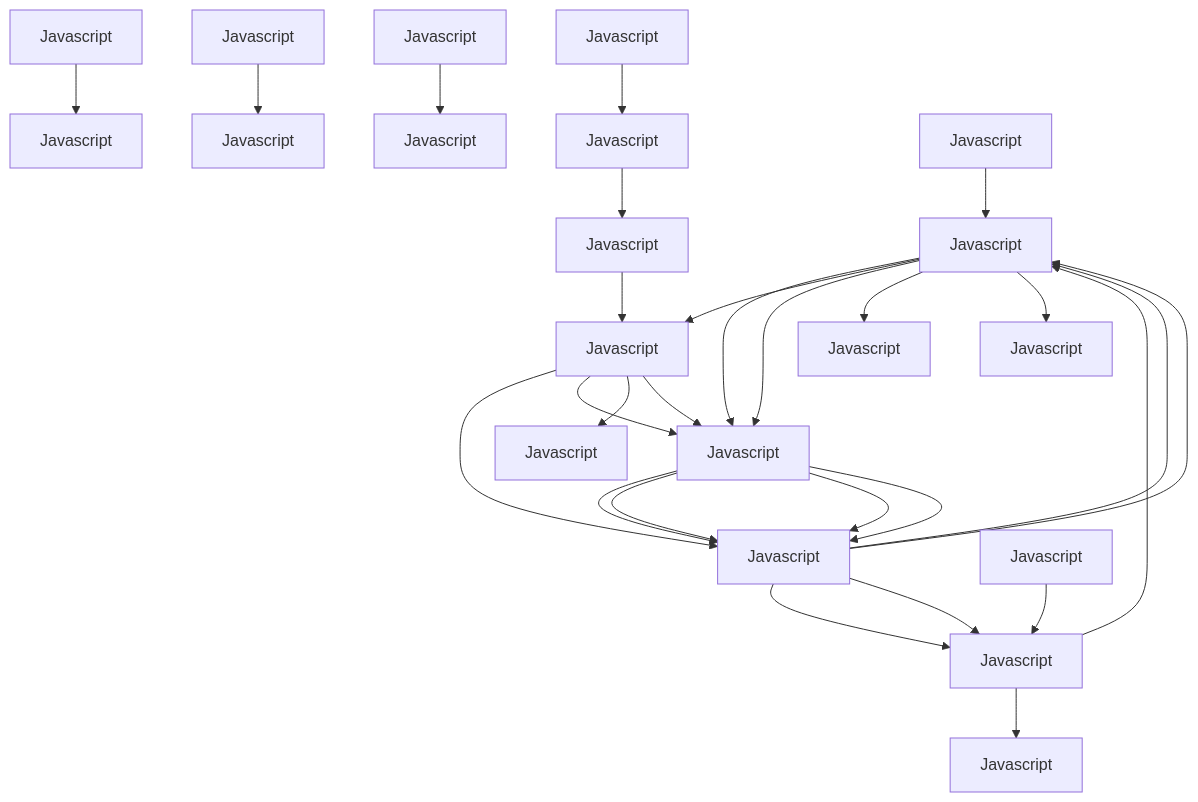
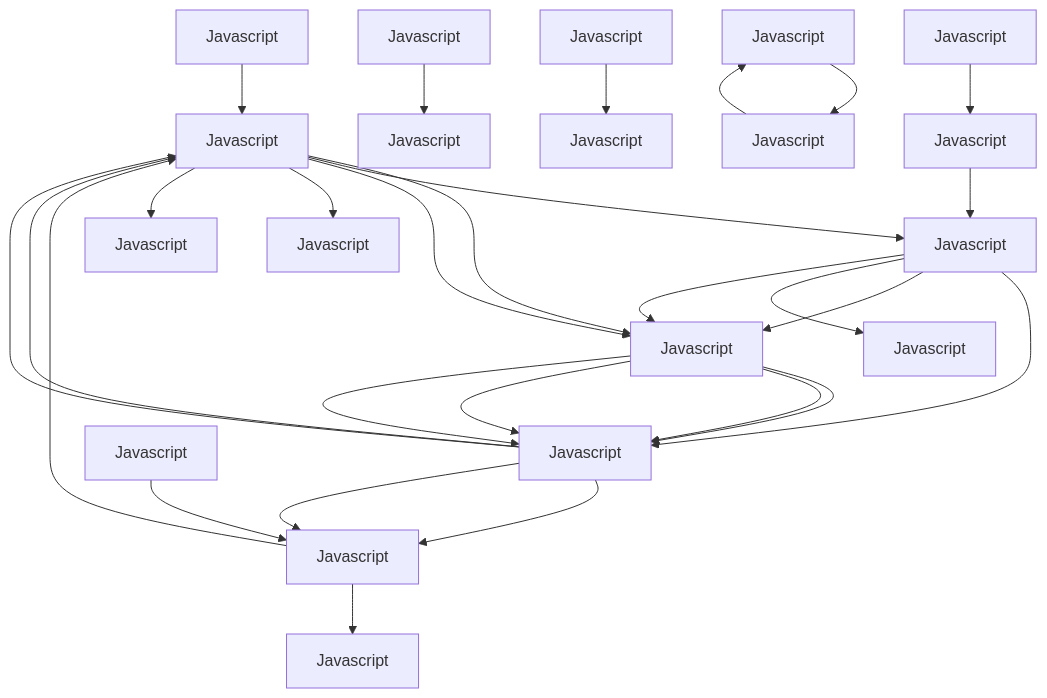
One commit to TobinPalmer/TobinPalmer changed the diagram in README.md. Above: the diagram before and after it, drawn with Mermaid.

````diff
--- a/README.md
+++ b/README.md
@@ -7,30 +7,30 @@
 ```mermaid
 graph TD;
     id1[Javascript] --> id2[Javascript];
     id2[Javascript] --> id4[Javascript];
     id1[Javascript] --> id3[Javascript];
     id3[Javascript] --> id4[Javascript];
     id4[Javascript] --> id5[Javascript];
     id5[Javascript] --> id1[Javascript];
     id3[Javascript] --> id2[Javascript];
     id2[Javascript] --> id4[Javascript];
     id4[Javascript] --> id1[Javascript];
     id1[Javascript] --> id2[Javascript];
     id19[Javascript] --> id421[Javascript];
     id1[Javascript] --> id323[Javascript];
     id23[Javascript] --> id214[Javascript];
     id324[Javascript] --> id5[Javascript];
     id5[Javascript] --> id11[Javascript];
     id33[Javascript] --> id22[Javascript];
-    id24[Javascript] --> id14[Javascript];
+    id22[Javascript] --> id33[Javascript];
     id14[Javascript] --> id21[Javascript];
     id1[Javascript] --> id32[Javascript];
     id2[Javascript] --> id4[Javascript];
     id21[Javascript] --> id3[Javascript];
     id3[Javascript] --> id124[Javascript];
     id4[Javascript] --> id5[Javascript];
     id325[Javascript] --> id1[Javascript];
     id3[Javascript] --> id2[Javascript];
     id2[Javascript] --> id4[Javascript];
     id4[Javascript] --> id1[Javascript];
 ```
````
